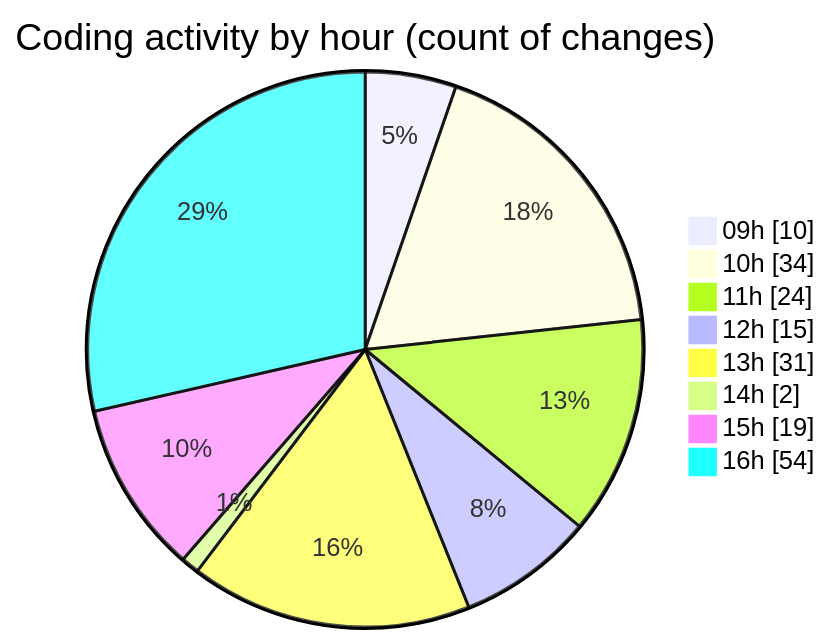
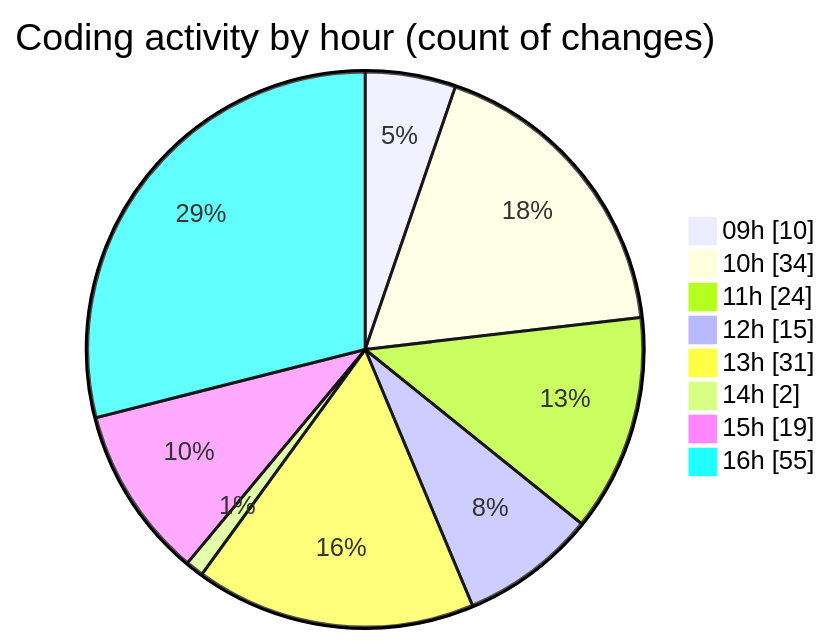
Before and after one commit to momahboobian/code-tracking: the second of 2 diagrams in 2025-09-02/cda/README.md, drawn with Mermaid. The commit also changed other lines of this file and 1 other file, not shown here.

````diff
--- a/2025-09-02/cda/README.md
+++ b/2025-09-02/cda/README.md
@@ -45,12 +45,12 @@
 ```mermaid
 pie showData
 title Coding activity by hour (count of changes)
 "09h" : 10
 "10h" : 34
 "11h" : 24
 "12h" : 15
 "13h" : 31
 "14h" : 2
 "15h" : 19
-"16h" : 54
+"16h" : 55
 ```
````
